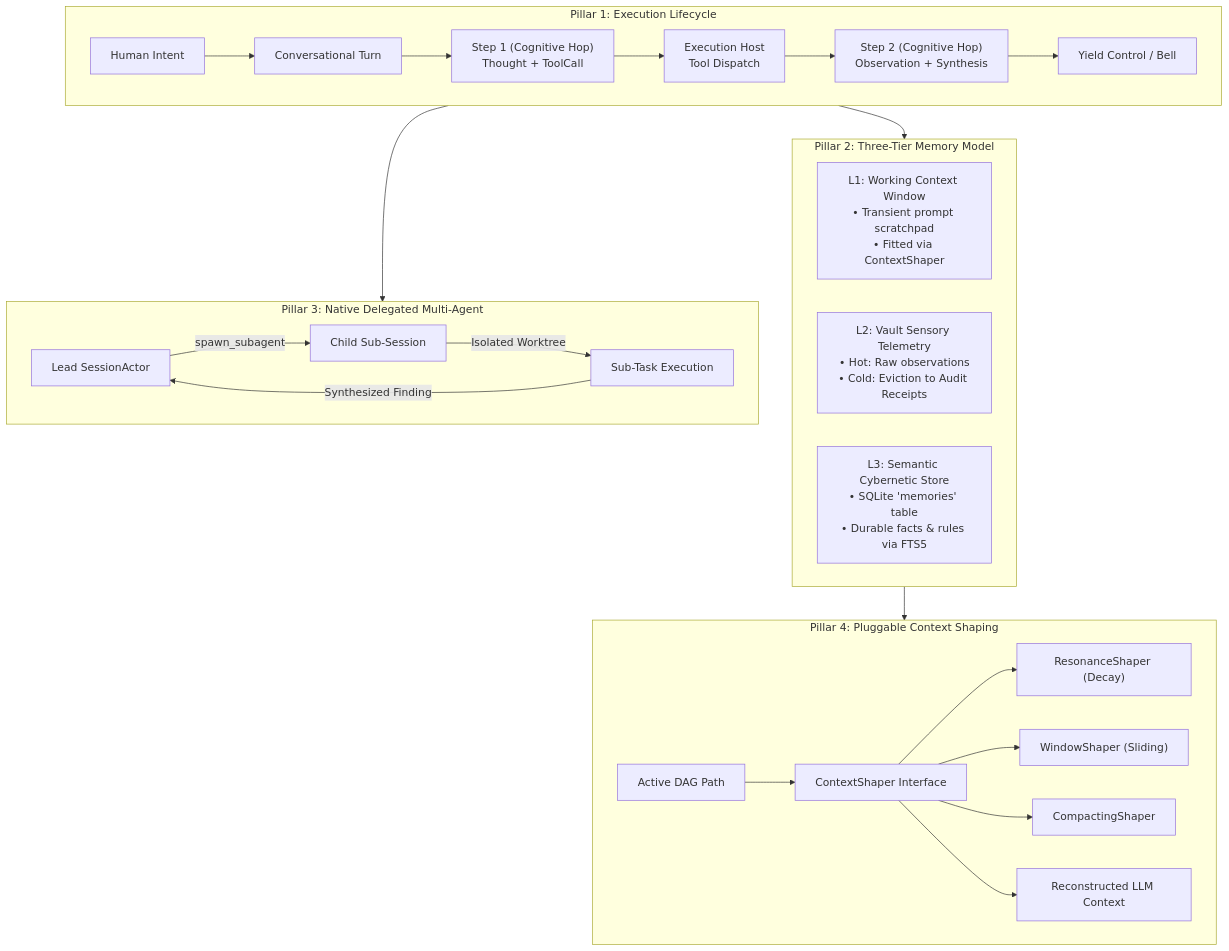
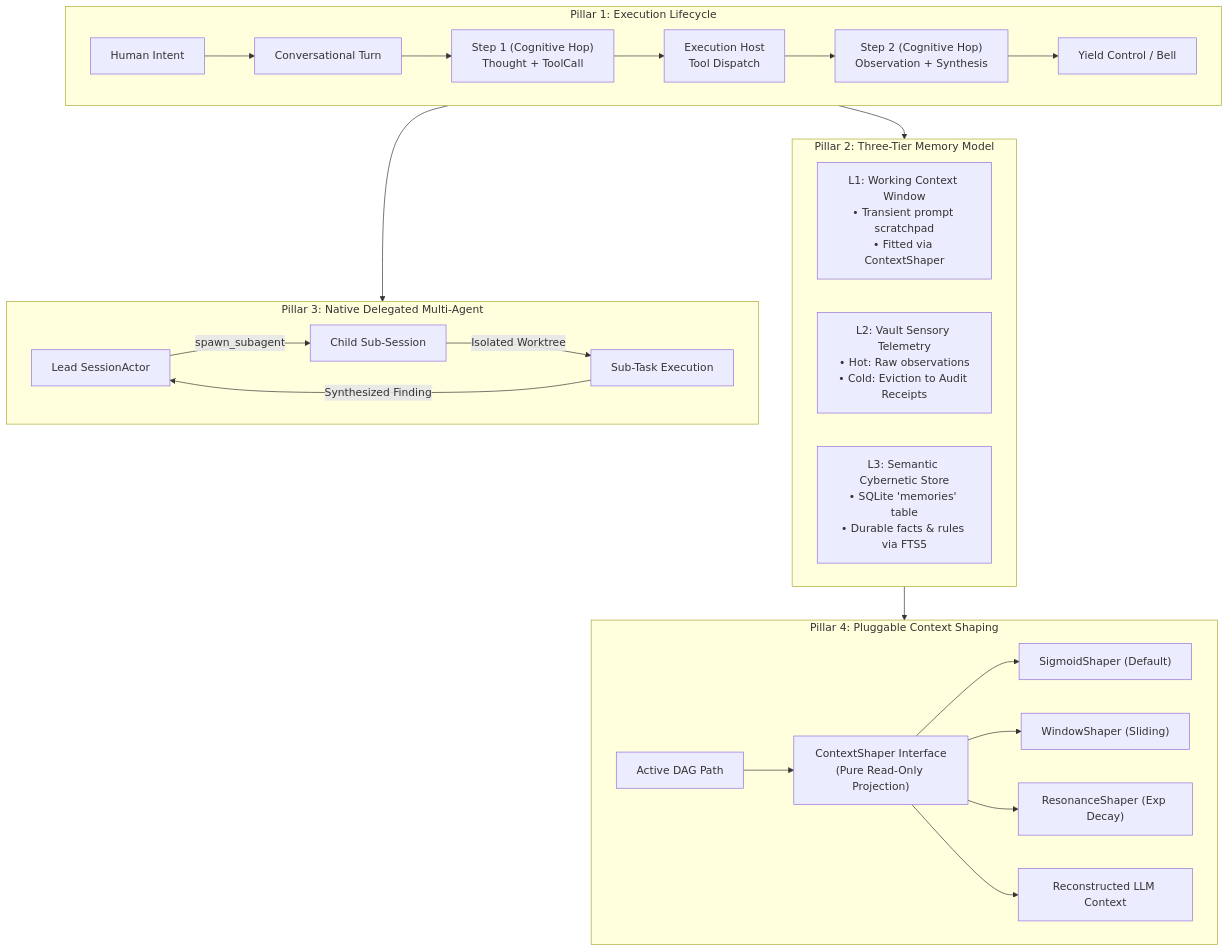
The diagram in docs/roadmap_v0.3.0.md (bartkleypas/please), drawn with Mermaid before and after one commit. The commit also changed other lines of this file, not shown here.

Commit message:
docs(roadmap): enforce pure read-only projection invariant for ContextShaper (sigmoid | window | exponential)

````diff
--- a/docs/roadmap_v0.3.0.md
+++ b/docs/roadmap_v0.3.0.md
@@ -42,34 +42,34 @@
 ```mermaid
 flowchart TD
     subgraph Execution["Pillar 1: Execution Lifecycle"]
         Human[Human Intent] --> Turn[Conversational Turn]
         Turn --> Step1["Step 1 (Cognitive Hop)<br/>Thought + ToolCall"]
         Step1 --> Exec1["Execution Host<br/>Tool Dispatch"]
         Exec1 --> Step2["Step 2 (Cognitive Hop)<br/>Observation + Synthesis"]
         Step2 --> Yield["Yield Control / Bell"]
     end
 
     subgraph Memory["Pillar 2: Three-Tier Memory Model"]
         L1["L1: Working Context Window<br/>• Transient prompt scratchpad<br/>• Fitted via ContextShaper"]
         L2["L2: Vault Sensory Telemetry<br/>• Hot: Raw observations<br/>• Cold: Eviction to Audit Receipts"]
         L3["L3: Semantic Cybernetic Store<br/>• SQLite 'memories' table<br/>• Durable facts & rules via FTS5"]
     end
 
     subgraph Orchestration["Pillar 3: Native Delegated Multi-Agent"]
         ParentAgent["Lead SessionActor"] -->|spawn_subagent| ChildAgent["Child Sub-Session"]
         ChildAgent -->|Isolated Worktree| TaskExec["Sub-Task Execution"]
         TaskExec -->|Synthesized Finding| ParentAgent
     end
 
     subgraph Shaping["Pillar 4: Pluggable Context Shaping"]
-        History[Active DAG Path] --> Shaper["ContextShaper Interface"]
-        Shaper --> ResShaper["ResonanceShaper (Decay)"]
+        History[Active DAG Path] --> Shaper["ContextShaper Interface<br/>(Pure Read-Only Projection)"]
+        Shaper --> SigShaper["SigmoidShaper (Default)"]
         Shaper --> WinShaper["WindowShaper (Sliding)"]
-        Shaper --> CompShaper["CompactingShaper"]
+        Shaper --> ResShaper["ResonanceShaper (Exp Decay)"]
         Shaper --> PromptOut["Reconstructed LLM Context"]
     end
 
     Execution --> Memory
     Execution --> Orchestration
     Memory --> Shaping
 ```
````
